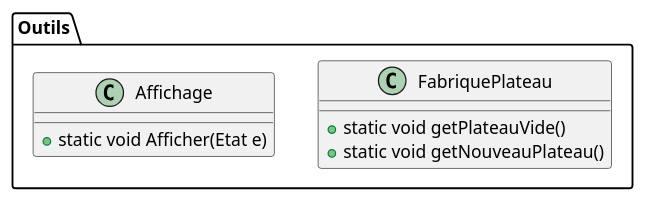
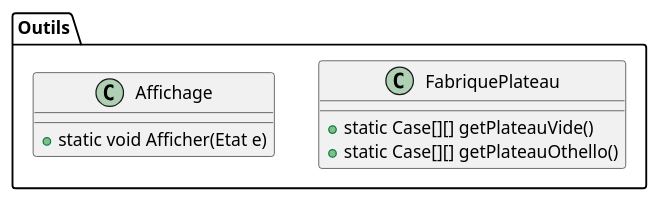
Before and after one commit to HRomaric/Othello: the diagram in src/othello/uml/outils.puml, drawn with PlantUML. The commit also changed 1 other file, not shown here.

Commit message:
Mise à jour de la FabriquePlateau et de son UML

```diff
--- a/src/othello/uml/outils.puml
+++ b/src/othello/uml/outils.puml
@@ -1,12 +1,12 @@
 @startuml
 package Outils{
     class FabriquePlateau{
-        + static void getPlateauVide()
-        + static void getNouveauPlateau()
+        + static Case[][] getPlateauVide()
+        + static Case[][] getPlateauOthello()
     }
 
     class "Affichage" as affichage{
         + static void Afficher(Etat e)
     }
 }
 @enduml
```
